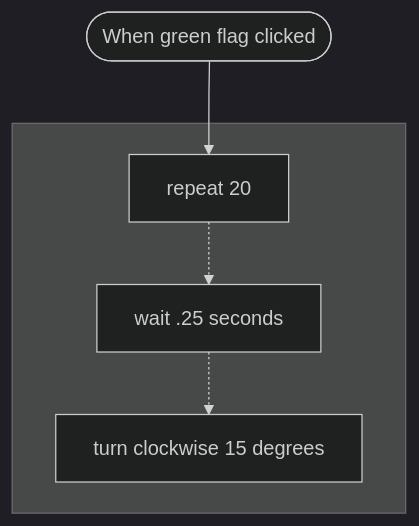
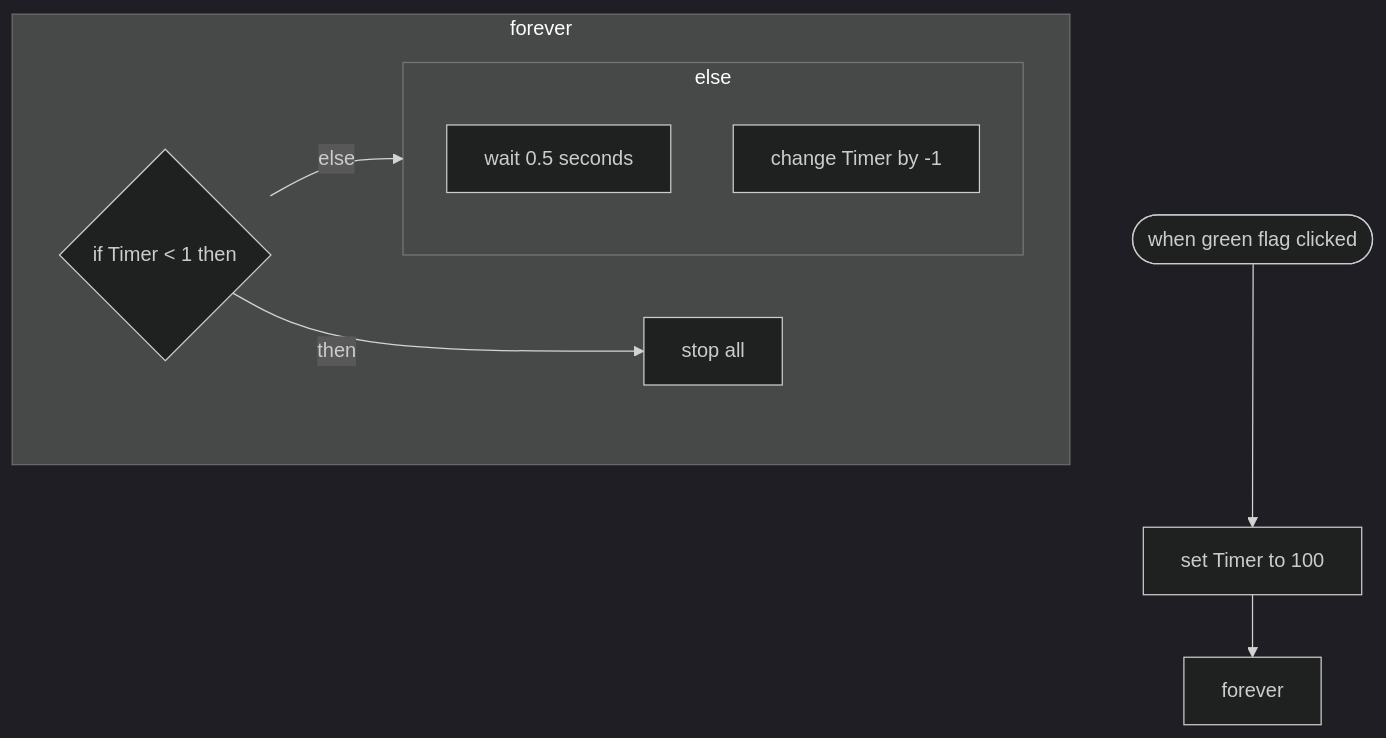
Before and after one commit to zk-007/AutiStudy-App: diagram 17 of 25 in frontend/books_mds/Grade 7/comp/comp_7.md, drawn with Mermaid (dark theme). The commit also changed other lines of this file and 12 other files, not shown here.

````diff
--- a/frontend/books_mds/Grade 7/comp/comp_7.md
+++ b/frontend/books_mds/Grade 7/comp/comp_7.md
@@ -4095,8 +3965,14 @@
 ```mermaid
 graph TD
-    Start([When green flag clicked]) --> Repeat[repeat 20]
-    subgraph RepeatLoop [ ]
-        Repeat -.-> Wait[wait .25 seconds]
-        Wait -.-> Turn[turn clockwise 15 degrees]
+    Start([when green flag clicked]) --> SetTimer[set Timer to 100]
+    SetTimer --> Forever[forever]
+    subgraph ForeverBlock [forever]
+        IfCondition{if Timer < 1 then}
+        IfCondition -- then --> StopAll[stop all]
+        IfCondition -- else --> ElseBlock
+        subgraph ElseBlock [else]
+            Wait[wait 0.5 seconds]
+            ChangeTimer[change Timer by -1]
+        end
     end
 ```
````
